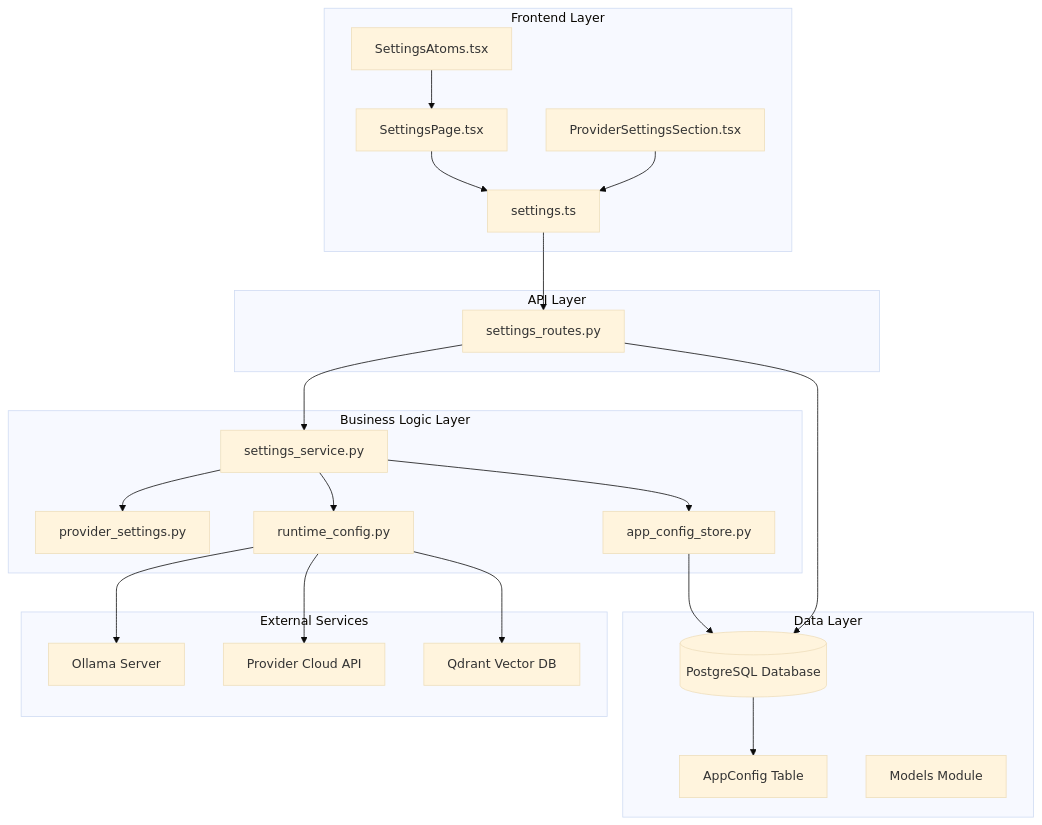
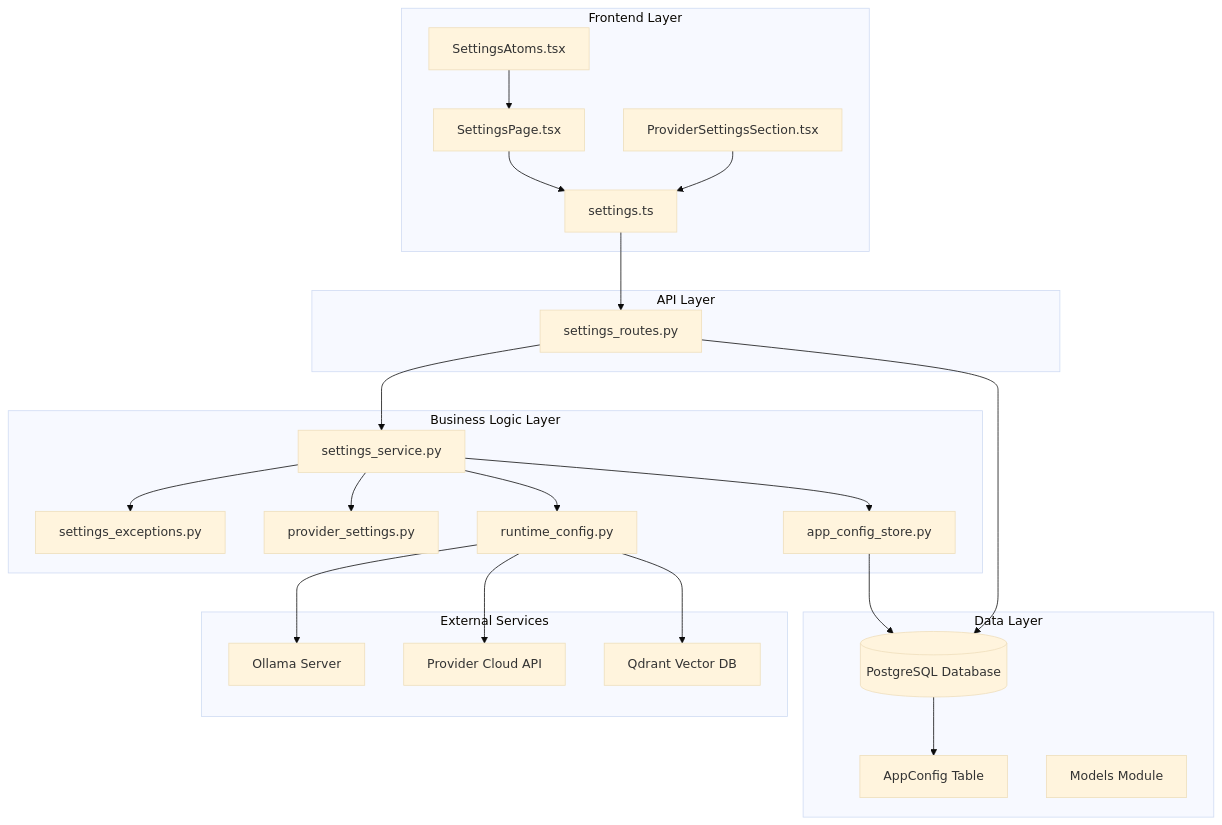
The first of 8 diagrams in .qoder/repowiki/en/content/Backend Development/Settings Management System.md (genes8/private-ai), drawn with Mermaid (base theme) before and after one commit. The commit also changed other lines of this file and 55 other files, not shown here.

````diff
--- a/.qoder/repowiki/en/content/Backend Development/Settings Management System.md
+++ b/.qoder/repowiki/en/content/Backend Development/Settings Management System.md
@@ -42,42 +53,44 @@
 ```mermaid
 graph TB
 subgraph "Frontend Layer"
 SP[SettingsPage.tsx]
 PSS[ProviderSettingsSection.tsx]
 SA[SettingsAtoms.tsx]
 API[settings.ts]
 end
 subgraph "API Layer"
 SR[settings_routes.py]
 end
 subgraph "Business Logic Layer"
 SS[settings_service.py]
+SE[settings_exceptions.py]
 PS[provider_settings.py]
 RC[runtime_config.py]
 ACS[app_config_store.py]
 end
 subgraph "Data Layer"
 DB[(PostgreSQL Database)]
 AC[AppConfig Table]
 M[Models Module]
 end
 subgraph "External Services"
 OL[Ollama Server]
 PC[Provider Cloud API]
 QT[Qdrant Vector DB]
 end
 SP --> API
 PSS --> API
 SA --> SP
 API --> SR
 SR --> SS
+SS --> SE
 SS --> PS
 SS --> RC
 SS --> ACS
 SR --> DB
 ACS --> DB
 DB --> AC
 RC --> OL
 RC --> PC
 RC --> QT
 ```
````
